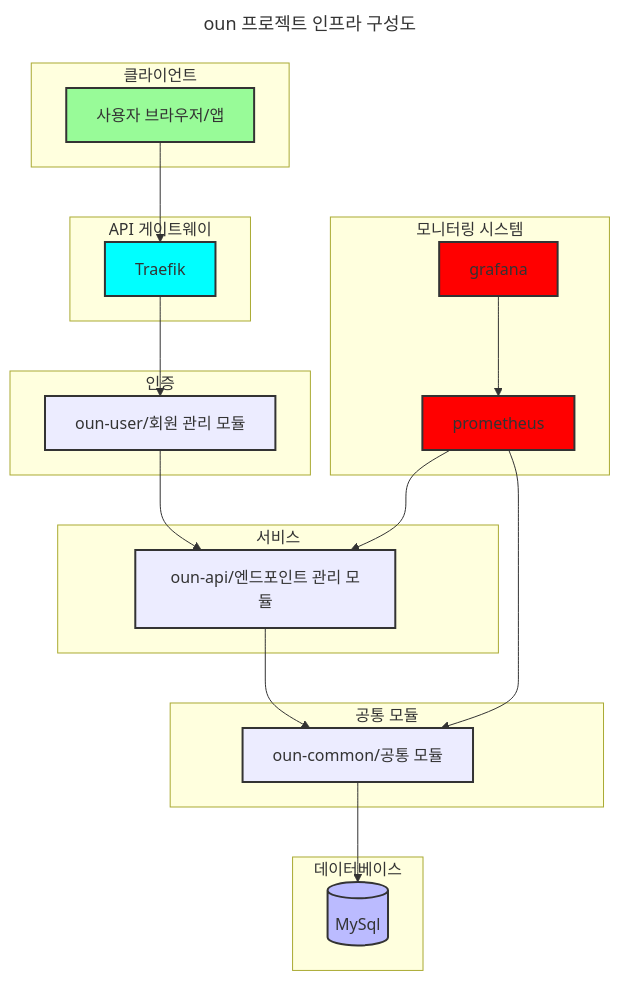
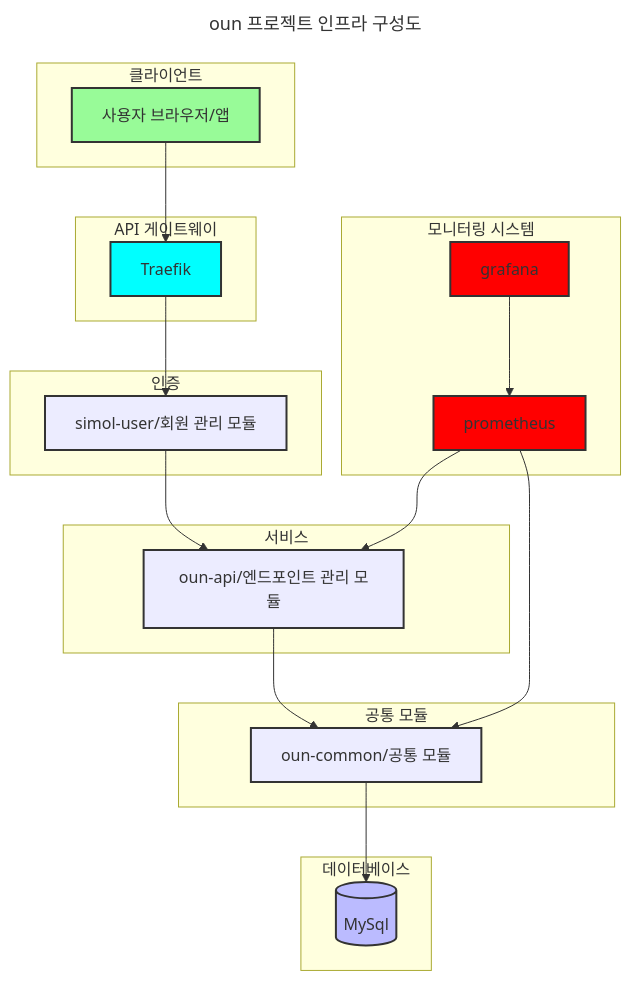
The first of 7 diagrams in README.md (juno-choi/simol), drawn with Mermaid before and after one commit. The commit also changed other lines of this file and 32 other files, not shown here.

````diff
--- a/README.md
+++ b/README.md
@@ -29,58 +29,58 @@
 ```mermaid
 ---
 title: oun 프로젝트 인프라 구성도
 ---
 flowchart TB
     subgraph "클라이언트"
         Client[사용자 브라우저/앱]
     end
 
     subgraph "API 게이트웨이"
         Gateway[Traefik]
     end
 
     subgraph "인증"
-        User[oun-user/회원 관리 모듈]
+        User[simol-user/회원 관리 모듈]
     end
 
     subgraph "서비스"
         API[oun-api/엔드포인트 관리 모듈]
     end
 
     subgraph "공통 모듈"
         Common[oun-common/공통 모듈]
     end
 
     subgraph "모니터링 시스템"
         Prometheus[prometheus]
         Grafana[grafana]
     end
 
     subgraph "데이터베이스"
         DB[(MySql)]
     end
     
 
     Client --> Gateway
     Gateway --> User
     User --> API
     
     API --> Common
     Common --> DB
 
     Prometheus --> API
     Prometheus --> Common
     Grafana --> Prometheus
 
     classDef service stroke:#333,stroke-width:2px
     classDef monitoring fill:#ff0000,stroke:#333,stroke-width:2px
     classDef database fill:#bbf,stroke:#333,stroke-width:2px
     classDef client fill:#98fb98,stroke:#333,stroke-width:2px
     classDef gateway fill:#00ffff,stroke:#333,stroke-width:2px
     
     class Client client
     class Gateway gateway
     class API,User,Common service
     class Prometheus,Grafana monitoring
     class DB database
 ```
````
